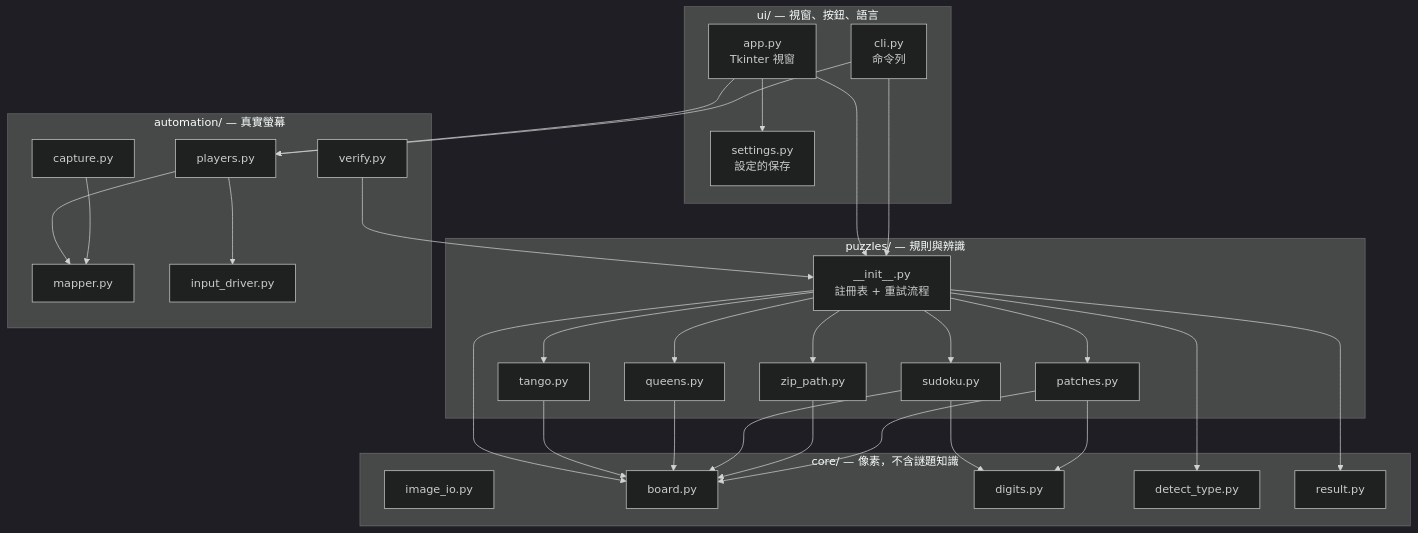
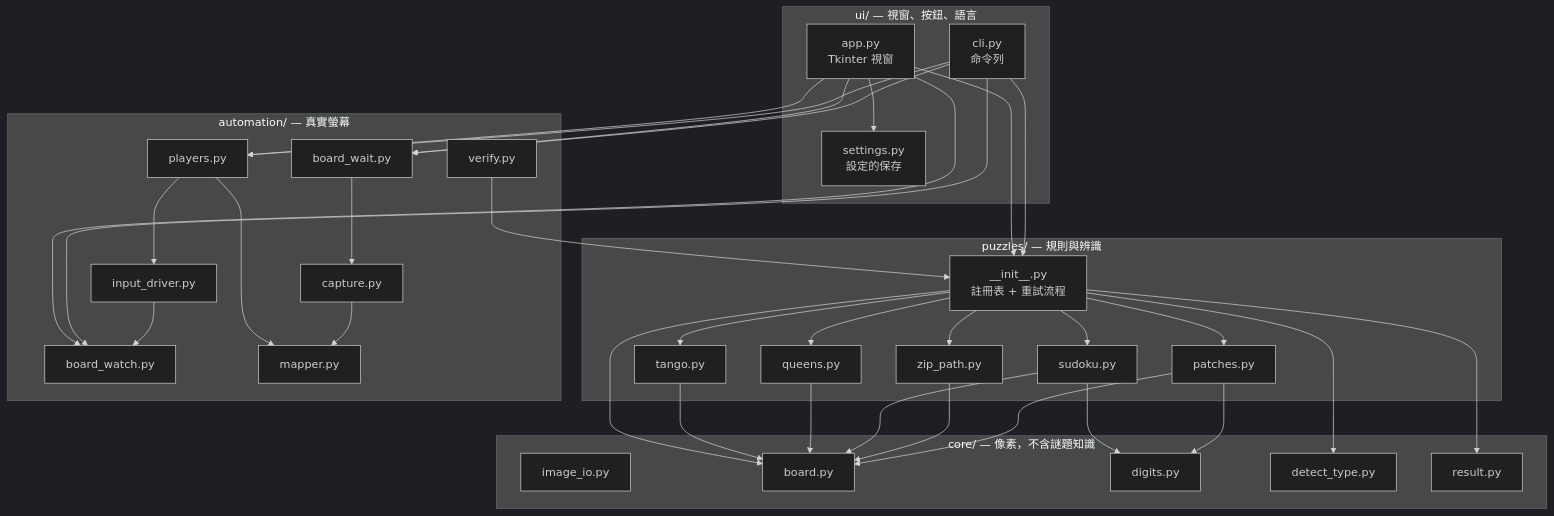
Before and after one commit to yulunliu/linkedin-games-solver: the diagram in docs/ARCHITECTURE.zh-TW.md, drawn with Mermaid (dark theme). The commit also changed other lines of this file and 8 other files, not shown here.

````diff
--- a/docs/ARCHITECTURE.zh-TW.md
+++ b/docs/ARCHITECTURE.zh-TW.md
@@ -11,46 +11,54 @@
 ```mermaid
 graph TB
     subgraph ui["ui/ — 視窗、按鈕、語言"]
         APP["app.py<br/>Tkinter 視窗"]
         CLI["cli.py<br/>命令列"]
         SET["settings.py<br/>設定的保存"]
     end
     subgraph puzzles["puzzles/ — 規則與辨識"]
         REG["__init__.py<br/>註冊表 + 重試流程"]
         P1[tango.py]
         P2[queens.py]
         P3[sudoku.py]
         P4[zip_path.py]
         P5[patches.py]
     end
     subgraph core["core/ — 像素，不含謎題知識"]
         IO[image_io.py]
         BRD[board.py]
         DIG[digits.py]
         DT[detect_type.py]
         RES[result.py]
     end
     subgraph auto["automation/ — 真實螢幕"]
         CAP[capture.py]
+        WAIT[board_wait.py]
+        WATCH[board_watch.py]
         MAP[mapper.py]
         DRV[input_driver.py]
         PLY[players.py]
         VER[verify.py]
     end
 
     APP --> REG
     CLI --> REG
     APP --> PLY
     CLI --> PLY
     APP --> SET
     REG --> P1 & P2 & P3 & P4 & P5
     REG --> BRD
     REG --> DT
     P1 & P2 & P3 & P4 & P5 --> BRD
     P3 & P5 --> DIG
     REG --> RES
     PLY --> DRV
     PLY --> MAP
     VER --> REG
     CAP --> MAP
+    APP --> WAIT
+    CLI --> WAIT
+    WAIT --> CAP
+    APP --> WATCH
+    CLI --> WATCH
+    DRV --> WATCH
 ```
````
